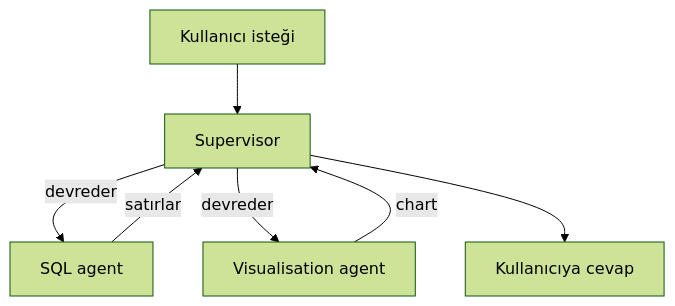
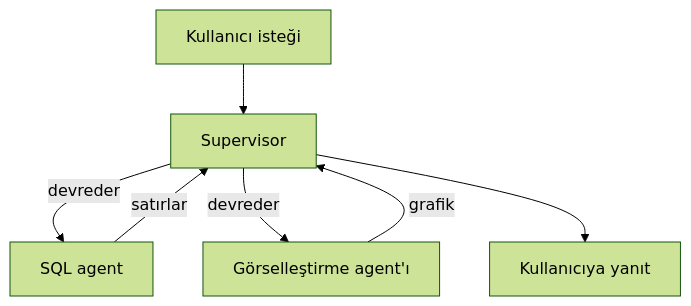
The first of 2 diagrams in mini-courses/1_fundamentals/multi_agent_tr.md (lokumai/ai-engineering-bazaar), drawn with Mermaid (forest theme) before and after one commit. The commit also changed other lines of this file and 63 other files, not shown here.

````diff
--- a/mini-courses/1_fundamentals/multi_agent_tr.md
+++ b/mini-courses/1_fundamentals/multi_agent_tr.md
@@ -46,9 +36,9 @@
 ```mermaid
 graph TD
     A["Kullanıcı isteği"] --> B["Supervisor"]
     B -->|devreder| C["SQL agent"]
     C -->|satırlar| B
-    B -->|devreder| D["Visualisation agent"]
-    D -->|chart| B
-    B --> E["Kullanıcıya cevap"]
+    B -->|devreder| D["Görselleştirme agent'ı"]
+    D -->|grafik| B
+    B --> E["Kullanıcıya yanıt"]
 ```
````
